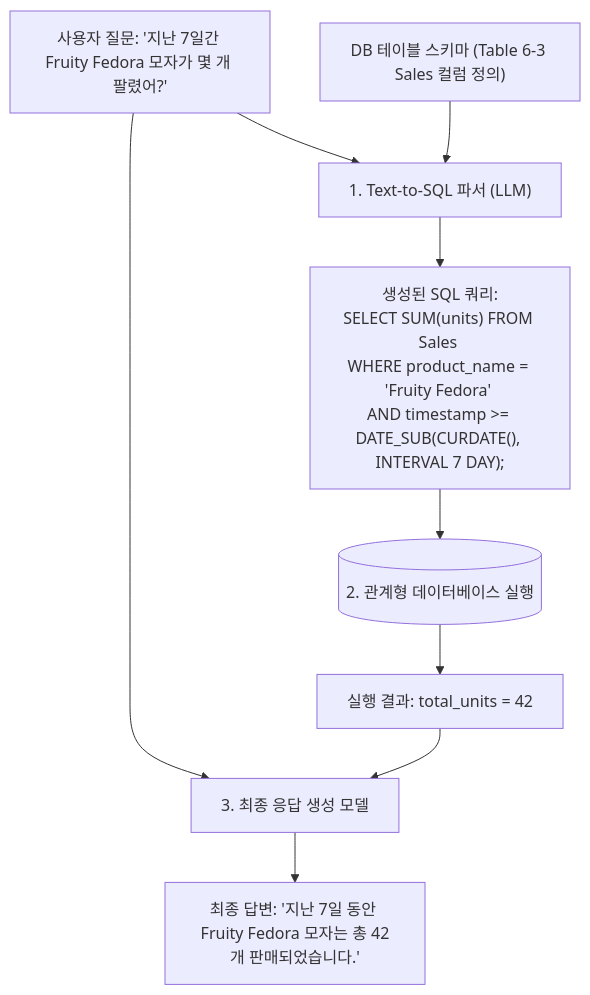
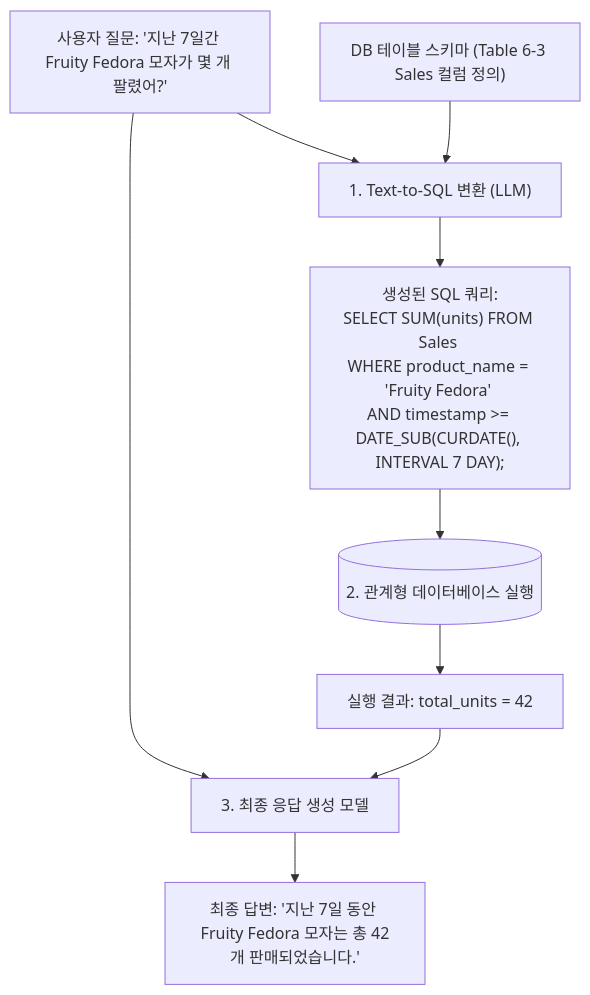
The second of 2 diagrams in chapter-qa/ch06-rag-and-agents-qa/02-rag-optimization-and-multimodal-tabular.md (sing-u8/AI-Engineering), drawn with Mermaid before and after one commit. The commit also changed other lines of this file and 2 other files, not shown here.

````diff
--- a/chapter-qa/ch06-rag-and-agents-qa/02-rag-optimization-and-multimodal-tabular.md
+++ b/chapter-qa/ch06-rag-and-agents-qa/02-rag-optimization-and-multimodal-tabular.md
@@ -130,14 +153,14 @@
 ```mermaid
 flowchart TD
     UserQ["사용자 질문: '지난 7일간 Fruity Fedora 모자가 몇 개 팔렸어?'"]
     Schema["DB 테이블 스키마 (Table 6-3 Sales 컬럼 정의)"]
     
-    UserQ & Schema --> Text2SQL["1. Text-to-SQL 파서 (LLM)"]
+    UserQ & Schema --> Text2SQL["1. Text-to-SQL 변환 (LLM)"]
     Text2SQL --> Query["생성된 SQL 쿼리:\nSELECT SUM(units) FROM Sales \nWHERE product_name = 'Fruity Fedora' \nAND timestamp >= DATE_SUB(CURDATE(), INTERVAL 7 DAY);"]
     
     Query --> DB[("2. 관계형 데이터베이스 실행")]
     DB --> Result["실행 결과: total_units = 42"]
     
     UserQ & Result --> Gen["3. 최종 응답 생성 모델"]
     Gen --> Final["최종 답변: '지난 7일 동안 Fruity Fedora 모자는 총 42개 판매되었습니다.'"]
 ```
````
